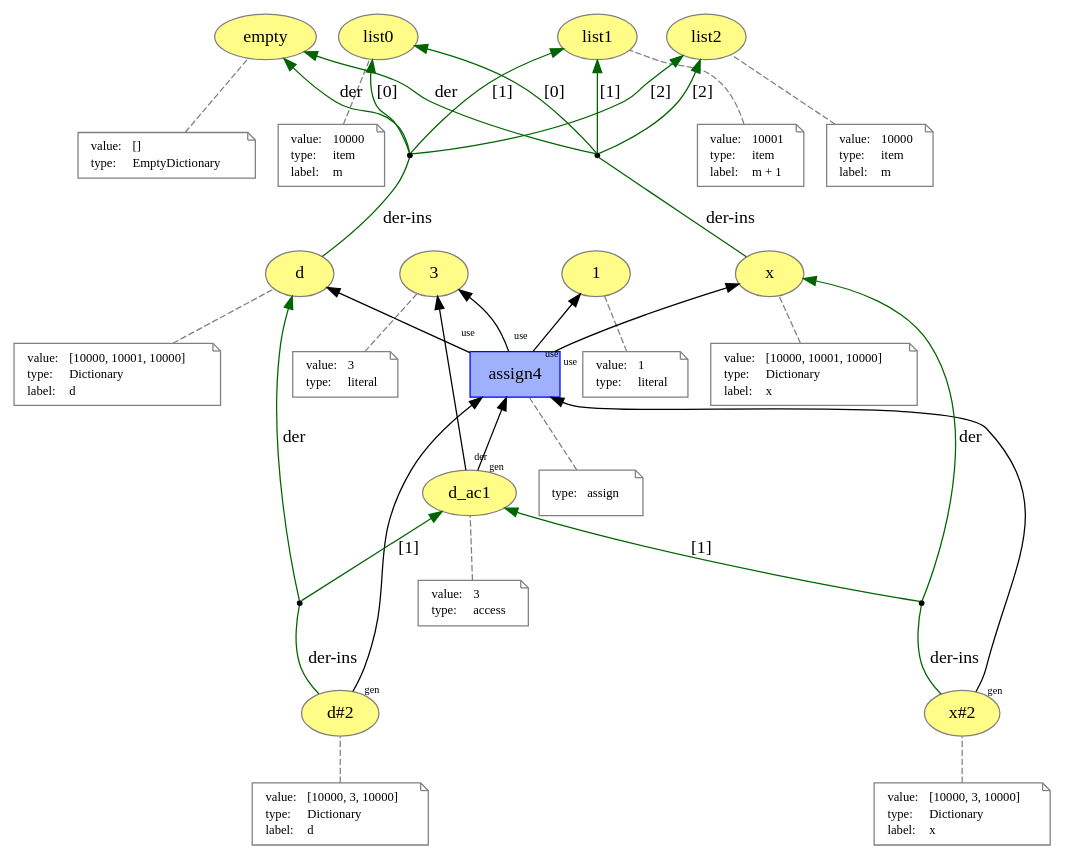
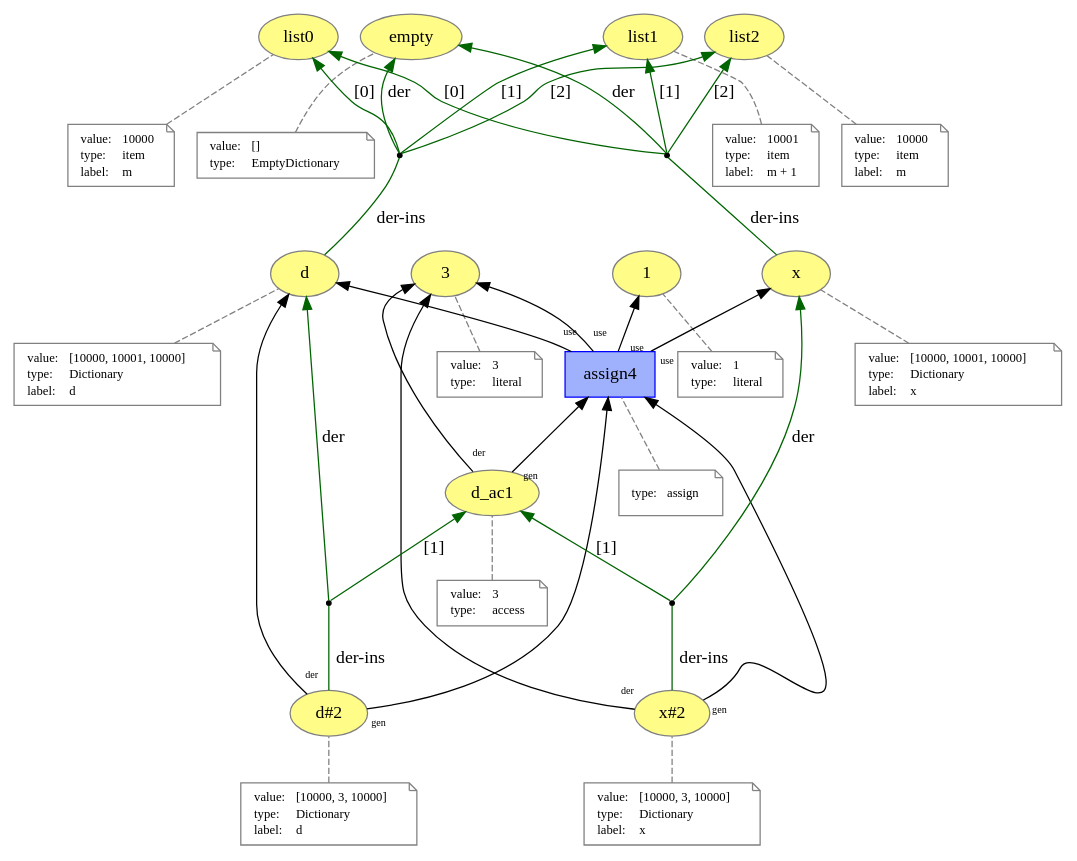
The diagram in images/prov_dictionary/part_assign.dot (dew-uff/versioned-prov), drawn with Graphviz before and after one commit. The commit also changed 22 other files, not shown here.

```diff
--- a/images/prov_dictionary/part_assign.dot
+++ b/images/prov_dictionary/part_assign.dot
@@ -1,198 +1,200 @@
 digraph "PROV" { size="16,12"; rankdir="BT";
 "http://example.org/empty" [fillcolor="#FFFC87",color="#808080",style="filled",label="empty",URL="http://example.org/empty"]
 "-attrs0" [color="gray",shape="note",fontsize="10",fontcolor="black",label=<<TABLE cellpadding="0" border="0">
 	<TR>
 	    <TD align="left">value:</TD>
 	    <TD align="left">[]</TD>
 	</TR>
 	<TR>
 	    <TD align="left">type:</TD>
 	    <TD align="left">EmptyDictionary</TD>
 	</TR>
 </TABLE>>]
 "-attrs0" -> "http://example.org/empty" [color="gray",style="dashed",arrowhead="none"]
 "http://example.org/list0" [fillcolor="#FFFC87",color="#808080",style="filled",label="list0",URL="http://example.org/list0"]
 "-attrs1" [color="gray",shape="note",fontsize="10",fontcolor="black",label=<<TABLE cellpadding="0" border="0">
 	<TR>
 	    <TD align="left">value:</TD>
 	    <TD align="left">10000</TD>
 	</TR>
 	<TR>
 	    <TD align="left">type:</TD>
 	    <TD align="left">item</TD>
 	</TR>
 	<TR>
 	    <TD align="left">label:</TD>
 	    <TD align="left">m</TD>
 	</TR>
 </TABLE>>]
 "-attrs1" -> "http://example.org/list0" [color="gray",style="dashed",arrowhead="none"]
 "http://example.org/list1" [fillcolor="#FFFC87",color="#808080",style="filled",label="list1",URL="http://example.org/list1"]
 "-attrs2" [color="gray",shape="note",fontsize="10",fontcolor="black",label=<<TABLE cellpadding="0" border="0">
 	<TR>
 	    <TD align="left">value:</TD>
 	    <TD align="left">10001</TD>
 	</TR>
 	<TR>
 	    <TD align="left">type:</TD>
 	    <TD align="left">item</TD>
 	</TR>
 	<TR>
 	    <TD align="left">label:</TD>
 	    <TD align="left">m + 1</TD>
 	</TR>
 </TABLE>>]
 "-attrs2" -> "http://example.org/list1" [color="gray",style="dashed",arrowhead="none"]
 "http://example.org/list2" [fillcolor="#FFFC87",color="#808080",style="filled",label="list2",URL="http://example.org/list2"]
 "-attrs3" [color="gray",shape="note",fontsize="10",fontcolor="black",label=<<TABLE cellpadding="0" border="0">
 	<TR>
 	    <TD align="left">value:</TD>
 	    <TD align="left">10000</TD>
 	</TR>
 	<TR>
 	    <TD align="left">type:</TD>
 	    <TD align="left">item</TD>
 	</TR>
 	<TR>
 	    <TD align="left">label:</TD>
 	    <TD align="left">m</TD>
 	</TR>
 </TABLE>>]
 "-attrs3" -> "http://example.org/list2" [color="gray",style="dashed",arrowhead="none"]
 "http://example.org/d" [fillcolor="#FFFC87",color="#808080",style="filled",label="d",URL="http://example.org/d"]
 "-attrs4" [color="gray",shape="note",fontsize="10",fontcolor="black",label=<<TABLE cellpadding="0" border="0">
 	<TR>
 	    <TD align="left">value:</TD>
 	    <TD align="left">[10000, 10001, 10000]</TD>
 	</TR>
 	<TR>
 	    <TD align="left">type:</TD>
 	    <TD align="left">Dictionary</TD>
 	</TR>
 	<TR>
 	    <TD align="left">label:</TD>
 	    <TD align="left">d</TD>
 	</TR>
 </TABLE>>]
 "-attrs4" -> "http://example.org/d" [color="gray",style="dashed",arrowhead="none"]
 "bn0" [shape="point",label=""]
 "http://example.org/d" -> "bn0" [labelfontsize="8",labeldistance="1.5",color="darkgreen",labelangle="60.0",rotation="20",label="der-ins",arrowhead="none"]
 "bn0" -> "http://example.org/empty" [labelfontsize="8",labeldistance="1.5",color="darkgreen",labelangle="60.0",rotation="20",label="der"]
 "bn0" -> "http://example.org/list0" [labelfontsize="8",labeldistance="1.5",color="darkgreen",labelangle="60.0",rotation="20",label="[0]"]
 "bn0" -> "http://example.org/list1" [labelfontsize="8",labeldistance="1.5",color="darkgreen",labelangle="60.0",rotation="20",label="[1]"]
 "bn0" -> "http://example.org/list2" [labelfontsize="8",labeldistance="1.5",color="darkgreen",labelangle="60.0",rotation="20",label="[2]"]
 "http://example.org/x" [fillcolor="#FFFC87",color="#808080",style="filled",label="x",URL="http://example.org/x"]
 "-attrs5" [color="gray",shape="note",fontsize="10",fontcolor="black",label=<<TABLE cellpadding="0" border="0">
 	<TR>
 	    <TD align="left">value:</TD>
 	    <TD align="left">[10000, 10001, 10000]</TD>
 	</TR>
 	<TR>
 	    <TD align="left">type:</TD>
 	    <TD align="left">Dictionary</TD>
 	</TR>
 	<TR>
 	    <TD align="left">label:</TD>
 	    <TD align="left">x</TD>
 	</TR>
 </TABLE>>]
 "-attrs5" -> "http://example.org/x" [color="gray",style="dashed",arrowhead="none"]
 "bn1" [shape="point",label=""]
 "http://example.org/x" -> "bn1" [labelfontsize="8",labeldistance="1.5",color="darkgreen",labelangle="60.0",rotation="20",label="der-ins",arrowhead="none"]
 "bn1" -> "http://example.org/empty" [labelfontsize="8",labeldistance="1.5",color="darkgreen",labelangle="60.0",rotation="20",label="der"]
 "bn1" -> "http://example.org/list0" [labelfontsize="8",labeldistance="1.5",color="darkgreen",labelangle="60.0",rotation="20",label="[0]"]
 "bn1" -> "http://example.org/list1" [labelfontsize="8",labeldistance="1.5",color="darkgreen",labelangle="60.0",rotation="20",label="[1]"]
 "bn1" -> "http://example.org/list2" [labelfontsize="8",labeldistance="1.5",color="darkgreen",labelangle="60.0",rotation="20",label="[2]"]
 "http://example.org/1" [fillcolor="#FFFC87",color="#808080",style="filled",label="1",URL="http://example.org/1"]
 "-attrs6" [color="gray",shape="note",fontsize="10",fontcolor="black",label=<<TABLE cellpadding="0" border="0">
 	<TR>
 	    <TD align="left">value:</TD>
 	    <TD align="left">1</TD>
 	</TR>
 	<TR>
 	    <TD align="left">type:</TD>
 	    <TD align="left">literal</TD>
 	</TR>
 </TABLE>>]
 "-attrs6" -> "http://example.org/1" [color="gray",style="dashed",arrowhead="none"]
 "http://example.org/3" [fillcolor="#FFFC87",color="#808080",style="filled",label="3",URL="http://example.org/3"]
 "-attrs7" [color="gray",shape="note",fontsize="10",fontcolor="black",label=<<TABLE cellpadding="0" border="0">
 	<TR>
 	    <TD align="left">value:</TD>
 	    <TD align="left">3</TD>
 	</TR>
 	<TR>
 	    <TD align="left">type:</TD>
 	    <TD align="left">literal</TD>
 	</TR>
 </TABLE>>]
 "-attrs7" -> "http://example.org/3" [color="gray",style="dashed",arrowhead="none"]
 "http://example.org/d_ac1" [fillcolor="#FFFC87",color="#808080",style="filled",label="d_ac1",URL="http://example.org/d_ac1"]
 "-attrs8" [color="gray",shape="note",fontsize="10",fontcolor="black",label=<<TABLE cellpadding="0" border="0">
 	<TR>
 	    <TD align="left">value:</TD>
 	    <TD align="left">3</TD>
 	</TR>
 	<TR>
 	    <TD align="left">type:</TD>
 	    <TD align="left">access</TD>
 	</TR>
 </TABLE>>]
 "-attrs8" -> "http://example.org/d_ac1" [color="gray",style="dashed",arrowhead="none"]
 "http://example.org/d#2" [fillcolor="#FFFC87",color="#808080",style="filled",label="d#2",URL="http://example.org/d#2"]
 "-attrs9" [color="gray",shape="note",fontsize="10",fontcolor="black",label=<<TABLE cellpadding="0" border="0">
 	<TR>
 	    <TD align="left">value:</TD>
 	    <TD align="left">[10000, 3, 10000]</TD>
 	</TR>
 	<TR>
 	    <TD align="left">type:</TD>
 	    <TD align="left">Dictionary</TD>
 	</TR>
 	<TR>
 	    <TD align="left">label:</TD>
 	    <TD align="left">d</TD>
 	</TR>
 </TABLE>>]
 "-attrs9" -> "http://example.org/d#2" [color="gray",style="dashed",arrowhead="none"]
-"bn2" [shape="point",label=""]
-"http://example.org/d#2" -> "bn2" [labelfontsize="8",labeldistance="1.5",color="darkgreen",labelangle="60.0",rotation="20",label="der-ins",arrowhead="none"]
-"bn2" -> "http://example.org/d" [labelfontsize="8",labeldistance="1.5",color="darkgreen",labelangle="60.0",rotation="20",label="der"]
-"bn2" -> "http://example.org/d_ac1" [labelfontsize="8",labeldistance="1.5",color="darkgreen",labelangle="60.0",rotation="20",label="[1]"]
 "http://example.org/x#2" [fillcolor="#FFFC87",color="#808080",style="filled",label="x#2",URL="http://example.org/x#2"]
 "-attrs10" [color="gray",shape="note",fontsize="10",fontcolor="black",label=<<TABLE cellpadding="0" border="0">
 	<TR>
 	    <TD align="left">value:</TD>
 	    <TD align="left">[10000, 3, 10000]</TD>
 	</TR>
 	<TR>
 	    <TD align="left">type:</TD>
 	    <TD align="left">Dictionary</TD>
 	</TR>
 	<TR>
 	    <TD align="left">label:</TD>
 	    <TD align="left">x</TD>
 	</TR>
 </TABLE>>]
 "-attrs10" -> "http://example.org/x#2" [color="gray",style="dashed",arrowhead="none"]
-"bn3" [shape="point",label=""]
-"http://example.org/x#2" -> "bn3" [labelfontsize="8",labeldistance="1.5",color="darkgreen",labelangle="60.0",rotation="20",label="der-ins",arrowhead="none"]
-"bn3" -> "http://example.org/x" [labelfontsize="8",labeldistance="1.5",color="darkgreen",labelangle="60.0",rotation="20",label="der"]
-"bn3" -> "http://example.org/d_ac1" [labelfontsize="8",labeldistance="1.5",color="darkgreen",labelangle="60.0",rotation="20",label="[1]"]
 "http://example.org/assign4" [fillcolor="#9FB1FC",color="#0000FF",shape="polygon",sides="4",style="filled",label="assign4",URL="http://example.org/assign4"]
 "-attrs11" [color="gray",shape="note",fontsize="10",fontcolor="black",label=<<TABLE cellpadding="0" border="0">
 	<TR>
 	    <TD align="left">type:</TD>
 	    <TD align="left">assign</TD>
 	</TR>
 </TABLE>>]
 "-attrs11" -> "http://example.org/assign4" [color="gray",style="dashed",arrowhead="none"]
-"http://example.org/assign4" -> "http://example.org/d" [labelfontsize="8",labeldistance="1.5",labelangle="60.0",rotation="20",taillabel="use"]
-"http://example.org/assign4" -> "http://example.org/x" [labelfontsize="8",labeldistance="1.5",labelangle="60.0",rotation="20",taillabel="use"]
 "http://example.org/assign4" -> "http://example.org/1" [labelfontsize="8",labeldistance="1.5",labelangle="60.0",rotation="20",taillabel="use"]
 "http://example.org/assign4" -> "http://example.org/3" [labelfontsize="8",labeldistance="1.5",labelangle="60.0",rotation="20",taillabel="use"]
 "http://example.org/d_ac1" -> "http://example.org/assign4" [labelfontsize="8",labeldistance="1.5",labelangle="60.0",rotation="20",taillabel="gen"]
+"http://example.org/d_ac1" -> "http://example.org/3" [labelfontsize="8",labeldistance="1.5",labelangle="60.0",rotation="20",taillabel="der"]
+"http://example.org/assign4" -> "http://example.org/d" [labelfontsize="8",labeldistance="1.5",labelangle="60.0",rotation="20",taillabel="use"]
 "http://example.org/d#2" -> "http://example.org/assign4" [labelfontsize="8",labeldistance="1.5",labelangle="60.0",rotation="20",taillabel="gen"]
+"http://example.org/d#2" -> "http://example.org/d" [labelfontsize="8",labeldistance="1.5",labelangle="60.0",rotation="20",taillabel="der"]
+"bn2" [shape="point",label=""]
+"http://example.org/d#2" -> "bn2" [labelfontsize="8",labeldistance="1.5",color="darkgreen",labelangle="60.0",rotation="20",label="der-ins",arrowhead="none"]
+"bn2" -> "http://example.org/d" [labelfontsize="8",labeldistance="1.5",color="darkgreen",labelangle="60.0",rotation="20",label="der"]
+"bn2" -> "http://example.org/d_ac1" [labelfontsize="8",labeldistance="1.5",color="darkgreen",labelangle="60.0",rotation="20",label="[1]"]
+"http://example.org/assign4" -> "http://example.org/x" [labelfontsize="8",labeldistance="1.5",labelangle="60.0",rotation="20",taillabel="use"]
 "http://example.org/x#2" -> "http://example.org/assign4" [labelfontsize="8",labeldistance="1.5",labelangle="60.0",rotation="20",taillabel="gen"]
-"http://example.org/d_ac1" -> "http://example.org/3" [labelfontsize="8",labeldistance="1.5",labelangle="60.0",rotation="20",taillabel="der"]
+"http://example.org/x#2" -> "http://example.org/3" [labelfontsize="8",labeldistance="1.5",labelangle="60.0",rotation="20",taillabel="der"]
+"bn3" [shape="point",label=""]
+"http://example.org/x#2" -> "bn3" [labelfontsize="8",labeldistance="1.5",color="darkgreen",labelangle="60.0",rotation="20",label="der-ins",arrowhead="none"]
+"bn3" -> "http://example.org/x" [labelfontsize="8",labeldistance="1.5",color="darkgreen",labelangle="60.0",rotation="20",label="der"]
+"bn3" -> "http://example.org/d_ac1" [labelfontsize="8",labeldistance="1.5",color="darkgreen",labelangle="60.0",rotation="20",label="[1]"]
 }
```
